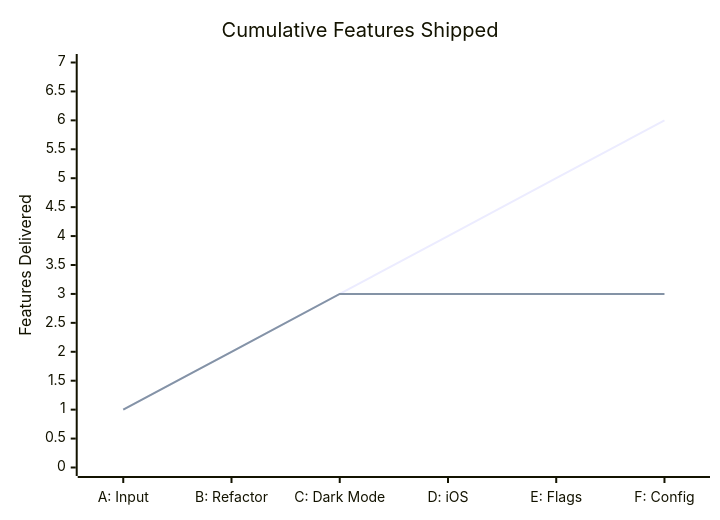
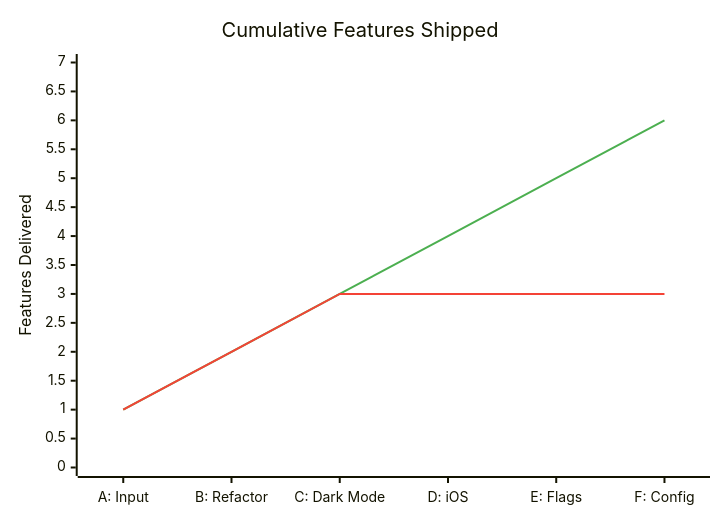
The diagram in mm-dx-research.md (cds-amal/monad-ts), drawn with Mermaid before and after one commit.

Commit message:
Fix chart colors: green for functional, red for imperative
Default xychart palette assigned near-invisible grey to the first
line. Explicit palette makes the semantic meaning clear: green keeps
climbing, red flatlines.

````diff
--- a/mm-dx-research.md
+++ b/mm-dx-research.md
@@ -105,8 +105,14 @@
 ```mermaid
+---
+config:
+    themeVariables:
+        xyChart:
+            plotColorPalette: "#4CAF50, #F44336"
+---
 xychart-beta
     title "Cumulative Features Shipped"
     x-axis ["A: Input", "B: Refactor", "C: Dark Mode", "D: iOS", "E: Flags", "F: Config"]
     y-axis "Features Delivered" 0 --> 7
     line "Functional" [1, 2, 3, 4, 5, 6]
     line "Imperative" [1, 2, 3, 3, 3, 3]
 ```
````
